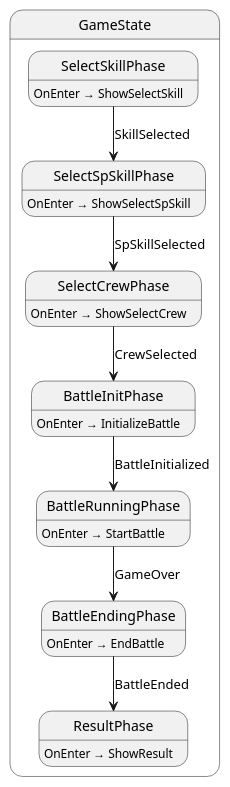
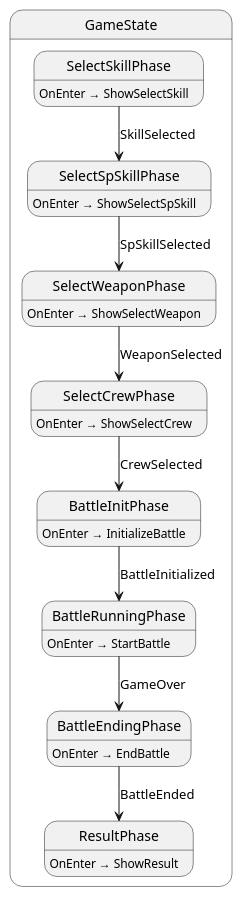
One commit to Ygoat/EternalJourney changed the diagram in src/game/state/GameLogic.g.puml. Above: the diagram before and after it, drawn with PlantUML. The commit also changed 63 other files, not shown here.

```diff
--- a/src/game/state/GameLogic.g.puml
+++ b/src/game/state/GameLogic.g.puml
@@ -1,26 +1,29 @@
 @startuml GameState
 state "GameState" as EternalJourney_Game_State_GameState {
   state "BattleEndingPhase" as EternalJourney_Game_State_GameState_BattleEndingPhase
   state "BattleInitPhase" as EternalJourney_Game_State_GameState_BattleInitPhase
   state "BattleRunningPhase" as EternalJourney_Game_State_GameState_BattleRunningPhase
   state "ResultPhase" as EternalJourney_Game_State_GameState_ResultPhase
   state "SelectCrewPhase" as EternalJourney_Game_State_GameState_SelectCrewPhase
   state "SelectSkillPhase" as EternalJourney_Game_State_GameState_SelectSkillPhase
   state "SelectSpSkillPhase" as EternalJourney_Game_State_GameState_SelectSpSkillPhase
+  state "SelectWeaponPhase" as EternalJourney_Game_State_GameState_SelectWeaponPhase
 }
 
 EternalJourney_Game_State_GameState_BattleEndingPhase --> EternalJourney_Game_State_GameState_ResultPhase : BattleEnded
 EternalJourney_Game_State_GameState_BattleInitPhase --> EternalJourney_Game_State_GameState_BattleRunningPhase : BattleInitialized
 EternalJourney_Game_State_GameState_BattleRunningPhase --> EternalJourney_Game_State_GameState_BattleEndingPhase : GameOver
 EternalJourney_Game_State_GameState_SelectCrewPhase --> EternalJourney_Game_State_GameState_BattleInitPhase : CrewSelected
 EternalJourney_Game_State_GameState_SelectSkillPhase --> EternalJourney_Game_State_GameState_SelectSpSkillPhase : SkillSelected
-EternalJourney_Game_State_GameState_SelectSpSkillPhase --> EternalJourney_Game_State_GameState_SelectCrewPhase : SpSkillSelected
+EternalJourney_Game_State_GameState_SelectSpSkillPhase --> EternalJourney_Game_State_GameState_SelectWeaponPhase : SpSkillSelected
+EternalJourney_Game_State_GameState_SelectWeaponPhase --> EternalJourney_Game_State_GameState_SelectCrewPhase : WeaponSelected
 
 EternalJourney_Game_State_GameState_BattleEndingPhase : OnEnter → EndBattle
 EternalJourney_Game_State_GameState_BattleInitPhase : OnEnter → InitializeBattle
 EternalJourney_Game_State_GameState_BattleRunningPhase : OnEnter → StartBattle
 EternalJourney_Game_State_GameState_ResultPhase : OnEnter → ShowResult
 EternalJourney_Game_State_GameState_SelectCrewPhase : OnEnter → ShowSelectCrew
 EternalJourney_Game_State_GameState_SelectSkillPhase : OnEnter → ShowSelectSkill
 EternalJourney_Game_State_GameState_SelectSpSkillPhase : OnEnter → ShowSelectSpSkill
+EternalJourney_Game_State_GameState_SelectWeaponPhase : OnEnter → ShowSelectWeapon
 @enduml
```
